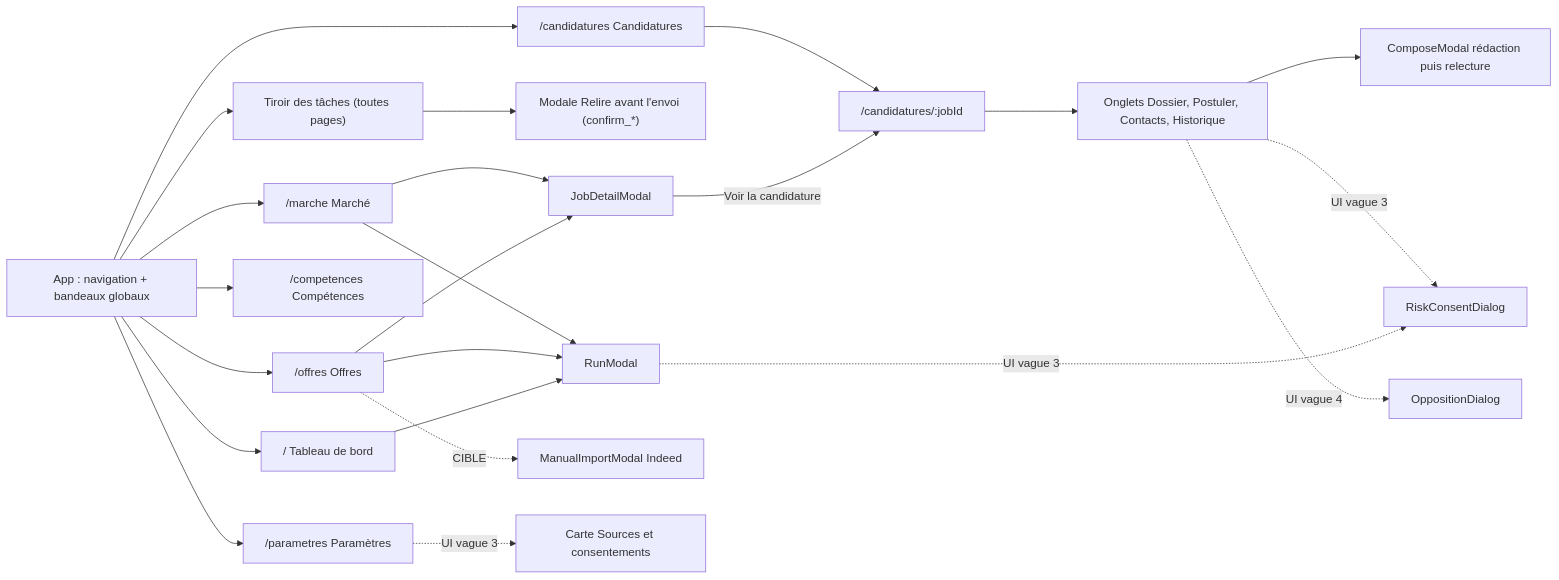
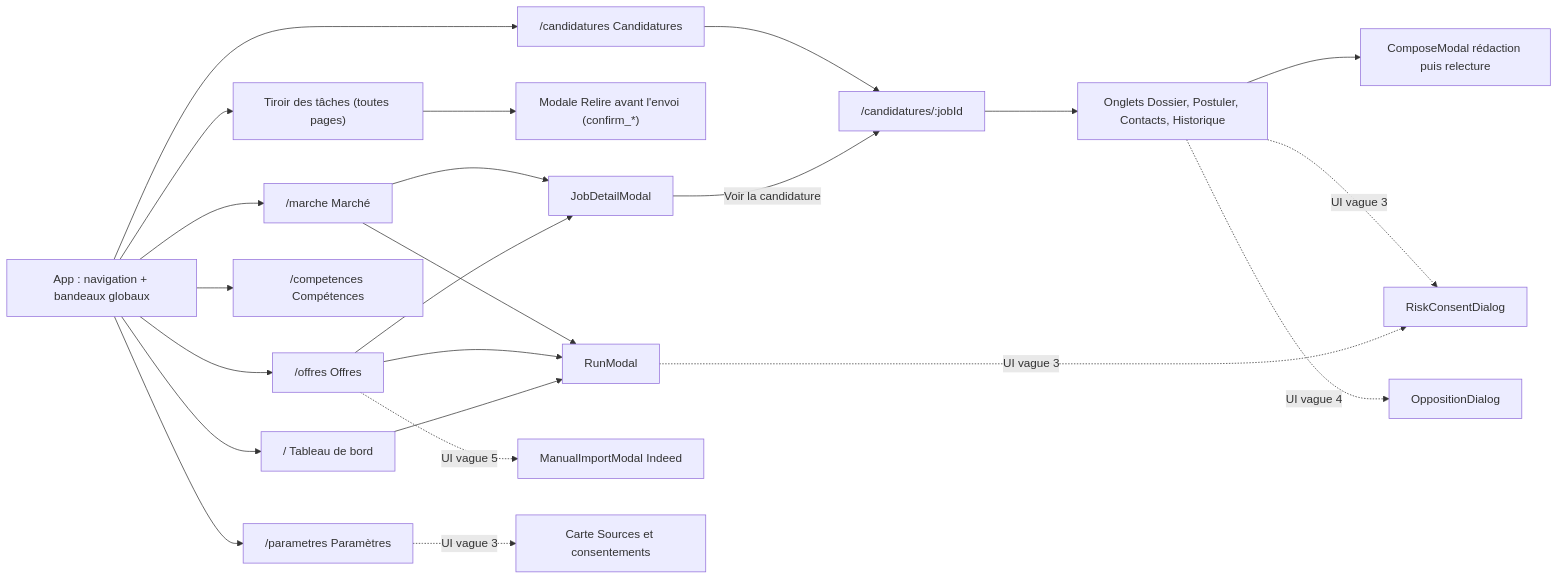
Before and after one commit to Mohva-kira/my-connector: the diagram in linkedin_market/docs/context/frontend/04-routing-and-pages.md, drawn with Mermaid. The commit also changed other lines of this file and 34 other files, not shown here.

````diff
--- a/linkedin_market/docs/context/frontend/04-routing-and-pages.md
+++ b/linkedin_market/docs/context/frontend/04-routing-and-pages.md
@@ -33,25 +33,25 @@
 ```mermaid
 flowchart LR
     root["App : navigation + bandeaux globaux"] --> dash["/ Tableau de bord"]
     root --> jobs["/offres Offres"]
     root --> apps["/candidatures Candidatures"]
     root --> market["/marche Marché"]
     root --> skills["/competences Compétences"]
     root --> settings["/parametres Paramètres"]
     root --> drawer["Tiroir des tâches (toutes pages)"]
     drawer --> confirm["Modale Relire avant l'envoi (confirm_*)"]
     dash --> run["RunModal"]
     jobs --> run
     market --> run
     jobs --> jobmodal["JobDetailModal"]
     market --> jobmodal
     jobmodal -->|"Voir la candidature"| appdetail["/candidatures/:jobId"]
     apps --> appdetail
     appdetail --> tabs["Onglets Dossier, Postuler, Contacts, Historique"]
     tabs --> compose["ComposeModal rédaction puis relecture"]
     run -.->|"UI vague 3"| risk["RiskConsentDialog"]
     tabs -.->|"UI vague 3"| risk
     tabs -.->|"UI vague 4"| opposition["OppositionDialog"]
-    jobs -.->|"CIBLE"| importmodal["ManualImportModal Indeed"]
+    jobs -.->|"UI vague 5"| importmodal["ManualImportModal Indeed"]
     settings -.->|"UI vague 3"| sources["Carte Sources et consentements"]
 ```
````
